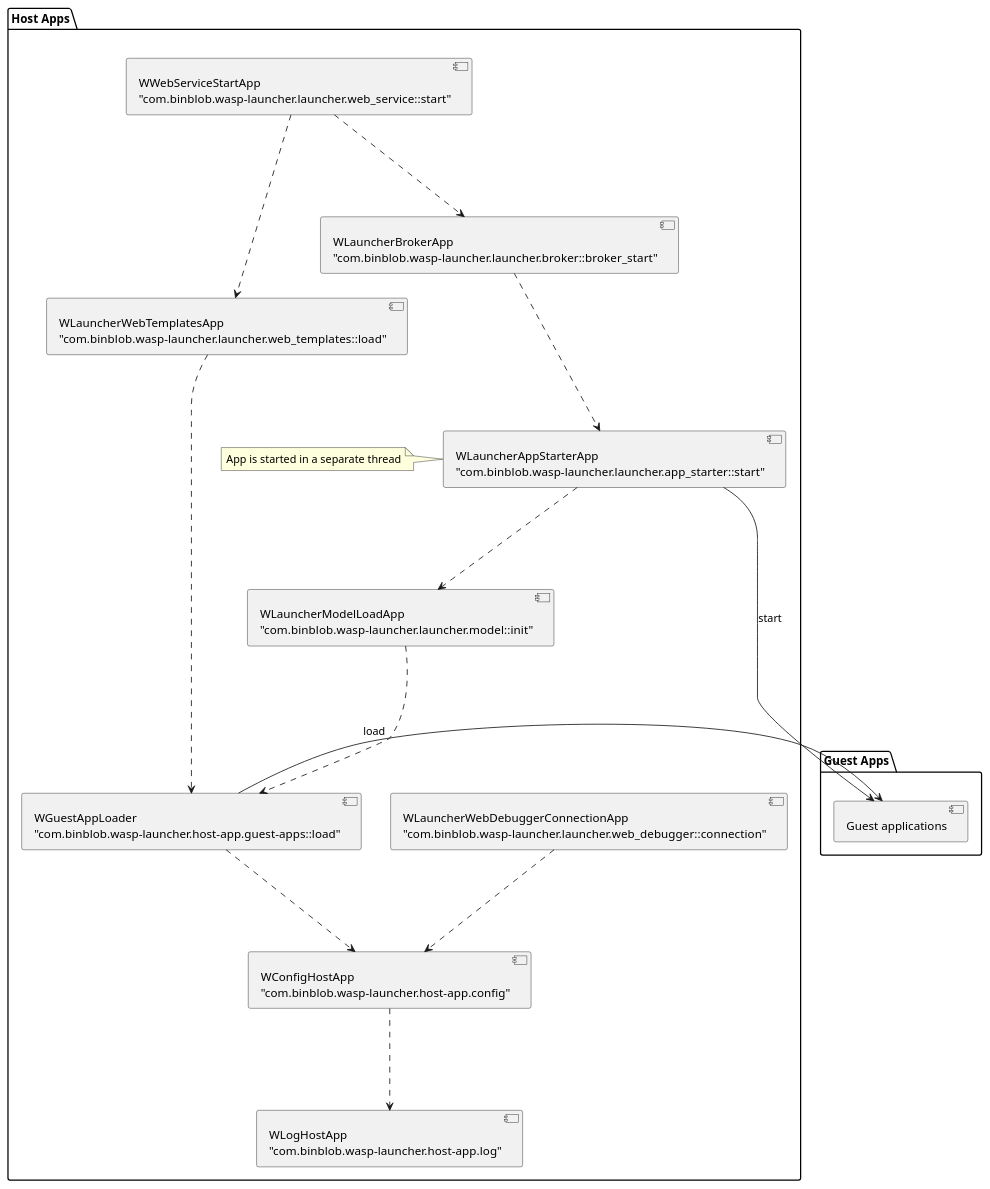
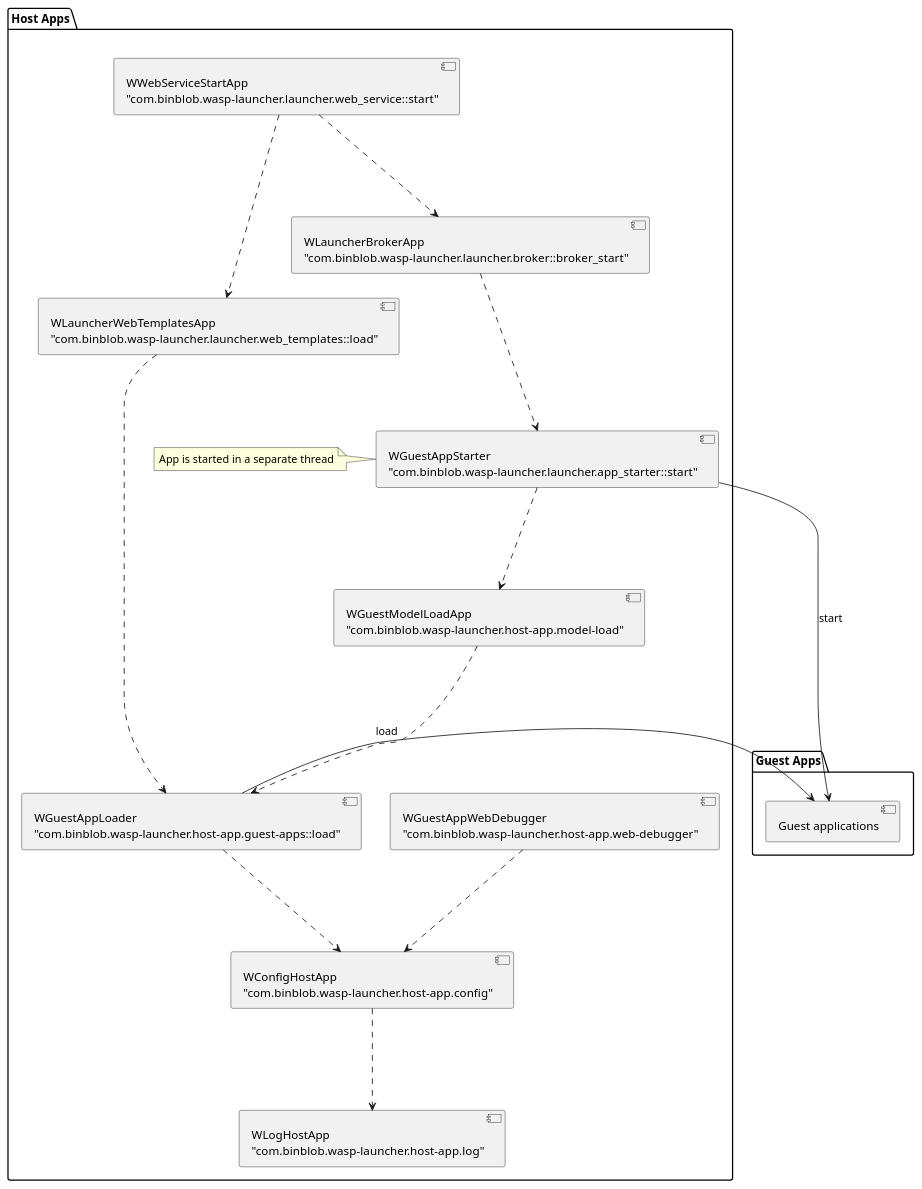
One commit to a1ezzz/wasp-launcher changed the diagram in docs/sphinx/apps.puml. Above: the diagram before and after it, drawn with PlantUML. The commit also changed 3 other files, not shown here.

```diff
--- a/docs/sphinx/apps.puml
+++ b/docs/sphinx/apps.puml
@@ -1,74 +1,74 @@
 @startuml
 
 package "Host Apps" {
 component log [
 WLogHostApp
 "com.binblob.wasp-launcher.host-app.log"
 ]
 
 component config [
 WConfigHostApp
 "com.binblob.wasp-launcher.host-app.config"
 ]
 
 component loader [
 WGuestAppLoader
 "com.binblob.wasp-launcher.host-app.guest-apps::load"
 ]
 
 component model [
-WLauncherModelLoadApp
-"com.binblob.wasp-launcher.launcher.model::init"
+WGuestModelLoadApp
+"com.binblob.wasp-launcher.host-app.model-load"
 ]
 
 component starter [
-WLauncherAppStarterApp
+WGuestAppStarter
 "com.binblob.wasp-launcher.launcher.app_starter::start"
 ]
 
 note left of starter
 App is started in a separate thread
 end note
 
 component template [
 WLauncherWebTemplatesApp
 "com.binblob.wasp-launcher.launcher.web_templates::load"
 ]
 
 component debugger [
-WLauncherWebDebuggerConnectionApp
-"com.binblob.wasp-launcher.launcher.web_debugger::connection"
+WGuestAppWebDebugger
+"com.binblob.wasp-launcher.host-app.web-debugger"
 ]
 
 component broker [
 WLauncherBrokerApp
 "com.binblob.wasp-launcher.launcher.broker::broker_start"
 ]
 
 component web_host [
 WWebServiceStartApp
 "com.binblob.wasp-launcher.launcher.web_service::start"
 ]
 
 config .-down-> log
 loader .-down-> config
 model .-down-> loader
 template .-down-> loader
 starter .-down-> model
 broker .-down-> starter
 web_host .-down-> broker
 web_host .-down-> template
 debugger .-down-> config
 
 }
 
 package "Guest Apps" {
 component guest_apps [
 	Guest applications
 ]
 
 loader -> guest_apps: load
 starter -> guest_apps: start
 }
 
 @enduml
```
